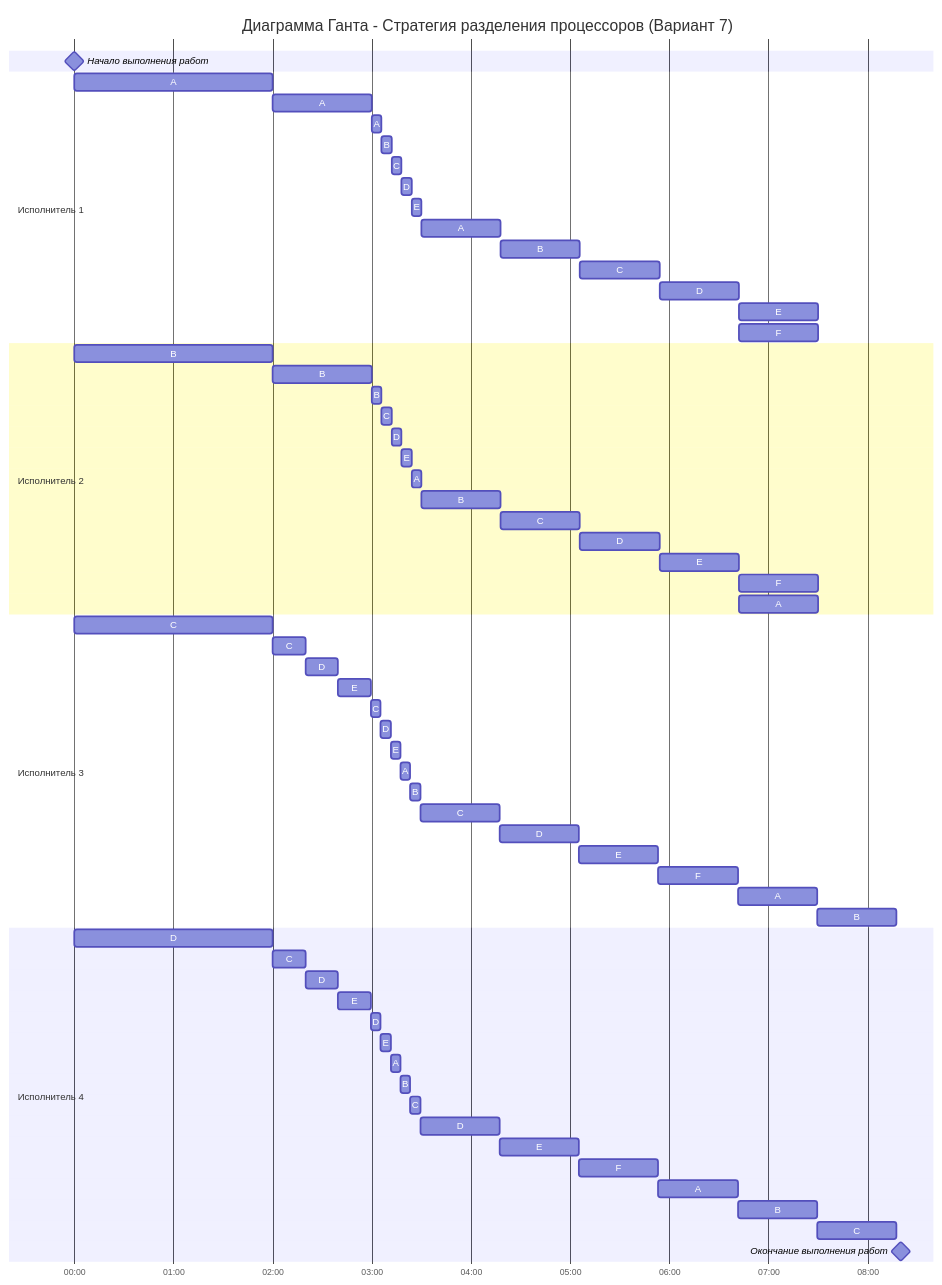
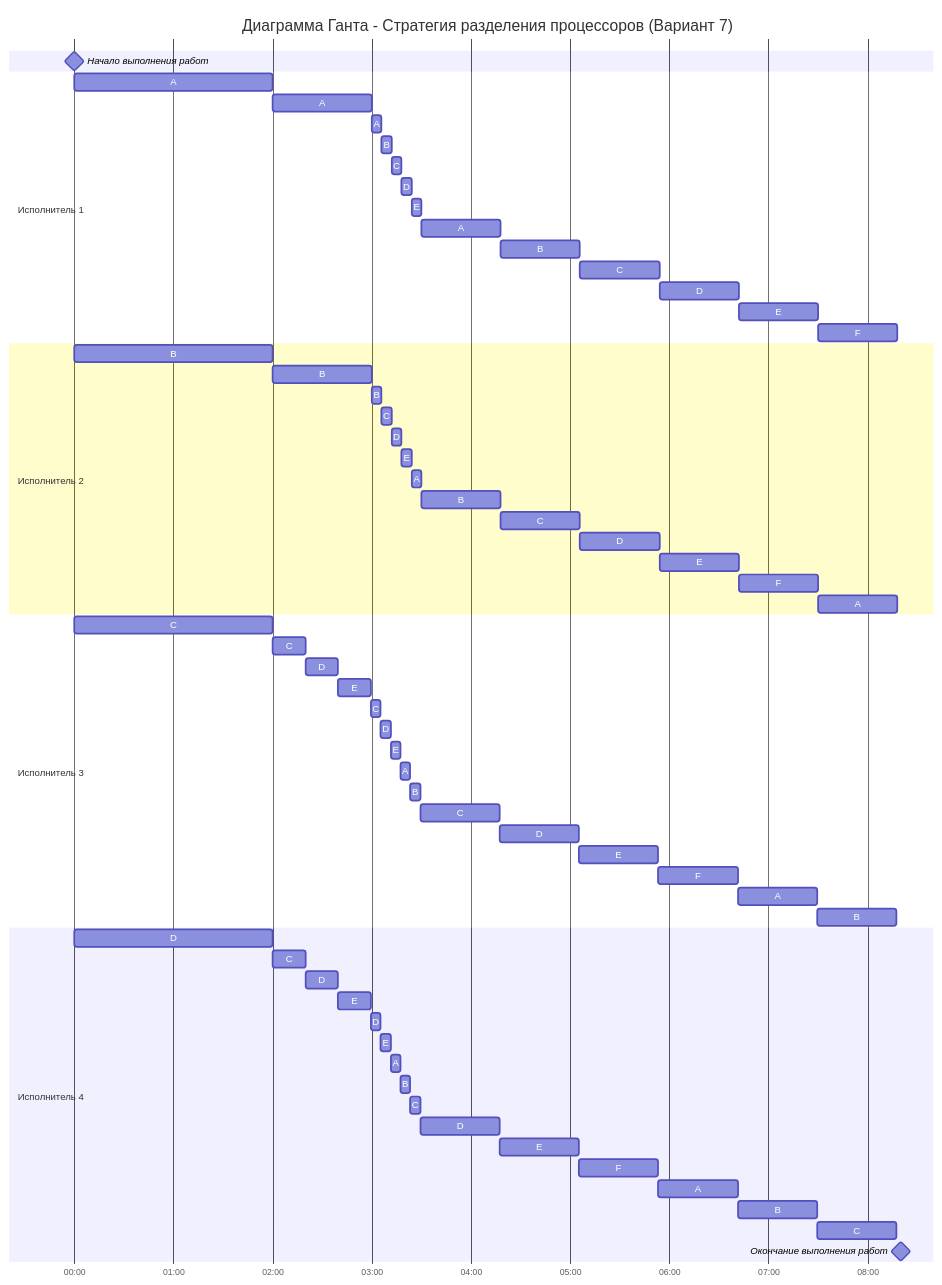
One commit to algos-ris-24-5/manual-tasks changed the diagram in Задание 5/Seeyahh.md. Above: the diagram before and after it, drawn with Mermaid.

Commit message:
final fix Gant

````diff
--- a/Задание 5/Seeyahh.md
+++ b/Задание 5/Seeyahh.md
@@ -266,73 +266,73 @@
 ```mermaid
 gantt
     title Диаграмма Ганта - Стратегия разделения процессоров (Вариант 7)
     dateFormat DD HH:mm    
     axisFormat %H:%M
     Начало выполнения работ : milestone, m1, 01 00:00, 0h
 
     section Исполнитель 1
     A :a1, 01 00:00, 2h
     A :a2, after a1, 1h
     A :a3, after a2, 0.1h
     B :a4, after a3, 0.1h
     C :a5, after a4, 0.1h
     D :a6, after a5, 0.1h
     E :a7, after a6, 0.1h
     A :a8, after a7, 0.8h
     B :a9, after a8, 0.8h
     C :a10, after a9, 0.8h
     D :a11, after a10, 0.8h
     E :a12, after a11, 0.8h
-    F :a13, after a11, 0.8h
+    F :a13, after a12, 0.8h
 
     section Исполнитель 2
     B :b1, 01 00:00, 2h
     B :b2, after b1, 1h
     B :b3, after b2, 0.1h
     C :b4, after b3, 0.1h
     D :b5, after b4, 0.1h
     E :b6, after b5, 0.1h
     A :b7, after b6, 0.1h
     B :b8, after b7, 0.8h
     C :b9, after b8, 0.8h
     D :b10, after b9, 0.8h
     E :b11, after b10, 0.8h
     F :b12, after b11, 0.8h
-    A :b13, after b11, 0.8h
+    A :b13, after b12, 0.8h
 
     section Исполнитель 3
     C :c1, 01 00:00, 2h
     C :c2, after c1, 0.33h
     D :c3, after c2, 0.33h
     E :c4, after c3, 0.33h
     C :c5, after c4, 0.1h
     D :c6, after c5, 0.1h
     E :c7, after c6, 0.1h
     A :c8, after c7, 0.1h
     B :c9, after c8, 0.1h
     C :c10, after c9, 0.8h
     D :c11, after c10, 0.8h
     E :c12, after c11, 0.8h
     F :c13, after c12, 0.8h
     A :c14, after c13, 0.8h
     B :c15, after c14, 0.8h
 
     section Исполнитель 4
     D :d1, 01 00:00, 2h
     C :d2, after d1, 0.33h
     D :d3, after d2, 0.33h
     E :d4, after d3, 0.33h
     D :d5, after d4, 0.1h
     E :d6, after d5, 0.1h
     A :d7, after d6, 0.1h
     B :d8, after d7, 0.1h
     C :d9, after d8, 0.1h
     D :d10, after d9, 0.8h
     E :d11, after d10, 0.8h
     F :d12, after d11, 0.8h
     A :d13, after d12, 0.8h
     B :d14, after d13, 0.8h
     C :d15, after d14, 0.8h
 
     Окончание выполнения работ : milestone, m2, 01 08:20, 0h
 ```
````
